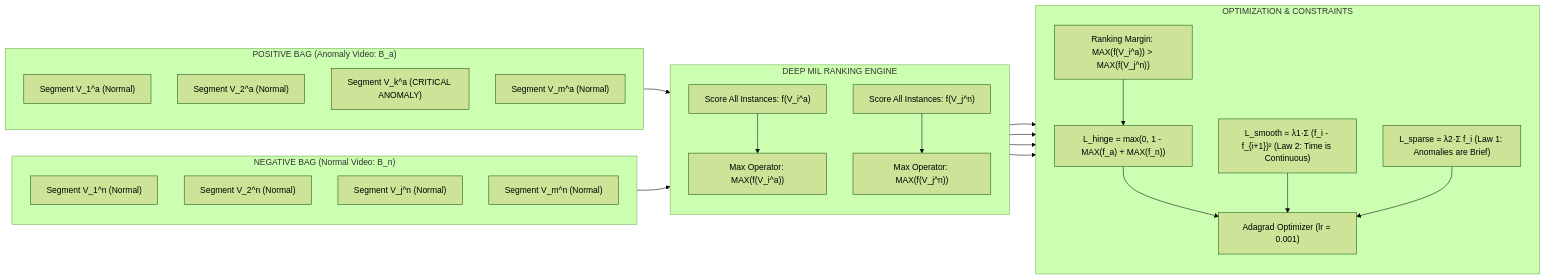
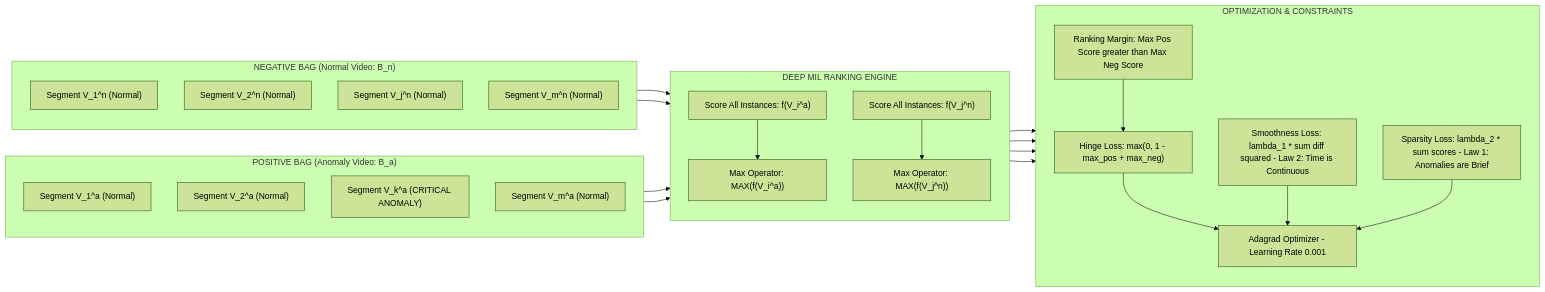
The diagram in docs/diagrams/mil_ranking_workflow.mmd (kirancube/SentinelAIX), drawn with Mermaid (forest theme) before and after one commit. The commit also changed 11 other files, not shown here.

Commit message:
fix(mermaid): resolve edge label syntax errors, add layman explanations, SOTA 2026 research comparison, and Vercel/Render cloud deployment

```diff
--- a/docs/diagrams/mil_ranking_workflow.mmd
+++ b/docs/diagrams/mil_ranking_workflow.mmd
@@ -1,48 +1,53 @@
 graph LR
     %% Deep Multiple Instance Learning Ranking Workflow
     subgraph POS_BAG["POSITIVE BAG (Anomaly Video: B_a)"]
         direction TB
         V1_a["Segment V_1^a (Normal)"]
         V2_a["Segment V_2^a (Normal)"]
         V_anom["Segment V_k^a (CRITICAL ANOMALY)"]
         Vm_a["Segment V_m^a (Normal)"]
     end
 
     subgraph NEG_BAG["NEGATIVE BAG (Normal Video: B_n)"]
         direction TB
         V1_n["Segment V_1^n (Normal)"]
         V2_n["Segment V_2^n (Normal)"]
         Vj_n["Segment V_j^n (Normal)"]
         Vm_n["Segment V_m^n (Normal)"]
     end
 
     subgraph MIL_CORE["DEEP MIL RANKING ENGINE"]
         direction TB
         EVAL_A["Score All Instances: f(V_i^a)"]
         EVAL_N["Score All Instances: f(V_j^n)"]
         MAX_A["Max Operator: MAX(f(V_i^a))"]
         MAX_N["Max Operator: MAX(f(V_j^n))"]
     end
 
     subgraph OPTIMIZATION["OPTIMIZATION & CONSTRAINTS"]
         direction TB
-        OBJECTIVE["Ranking Margin: MAX(f(V_i^a)) > MAX(f(V_j^n))"]
-        LOSS_HINGE["L_hinge = max(0, 1 - MAX(f_a) + MAX(f_n))"]
-        LOSS_SMOOTH["L_smooth = λ1·Σ (f_i - f_{i+1})² (Law 2: Time is Continuous)"]
-        LOSS_SPARSE["L_sparse = λ2·Σ f_i (Law 1: Anomalies are Brief)"]
-        ADAGRAD["Adagrad Optimizer (lr = 0.001)"]
+        OBJECTIVE["Ranking Margin: Max Pos Score greater than Max Neg Score"]
+        LOSS_HINGE["Hinge Loss: max(0, 1 - max_pos + max_neg)"]
+        LOSS_SMOOTH["Smoothness Loss: lambda_1 * sum diff squared - Law 2: Time is Continuous"]
+        LOSS_SPARSE["Sparsity Loss: lambda_2 * sum scores - Law 1: Anomalies are Brief"]
+        ADAGRAD["Adagrad Optimizer - Learning Rate 0.001"]
     end
 
-    POS_BAG --> EVAL_A --> MAX_A
-    NEG_BAG --> EVAL_N --> MAX_N
+    V1_a --> EVAL_A
+    V_anom --> EVAL_A
+    V1_n --> EVAL_N
+    Vj_n --> EVAL_N
+
+    EVAL_A --> MAX_A
+    EVAL_N --> MAX_N
 
     MAX_A --> OBJECTIVE
     MAX_N --> OBJECTIVE
 
     OBJECTIVE --> LOSS_HINGE
     EVAL_A --> LOSS_SMOOTH
     EVAL_A --> LOSS_SPARSE
 
     LOSS_HINGE --> ADAGRAD
     LOSS_SMOOTH --> ADAGRAD
     LOSS_SPARSE --> ADAGRAD
```
